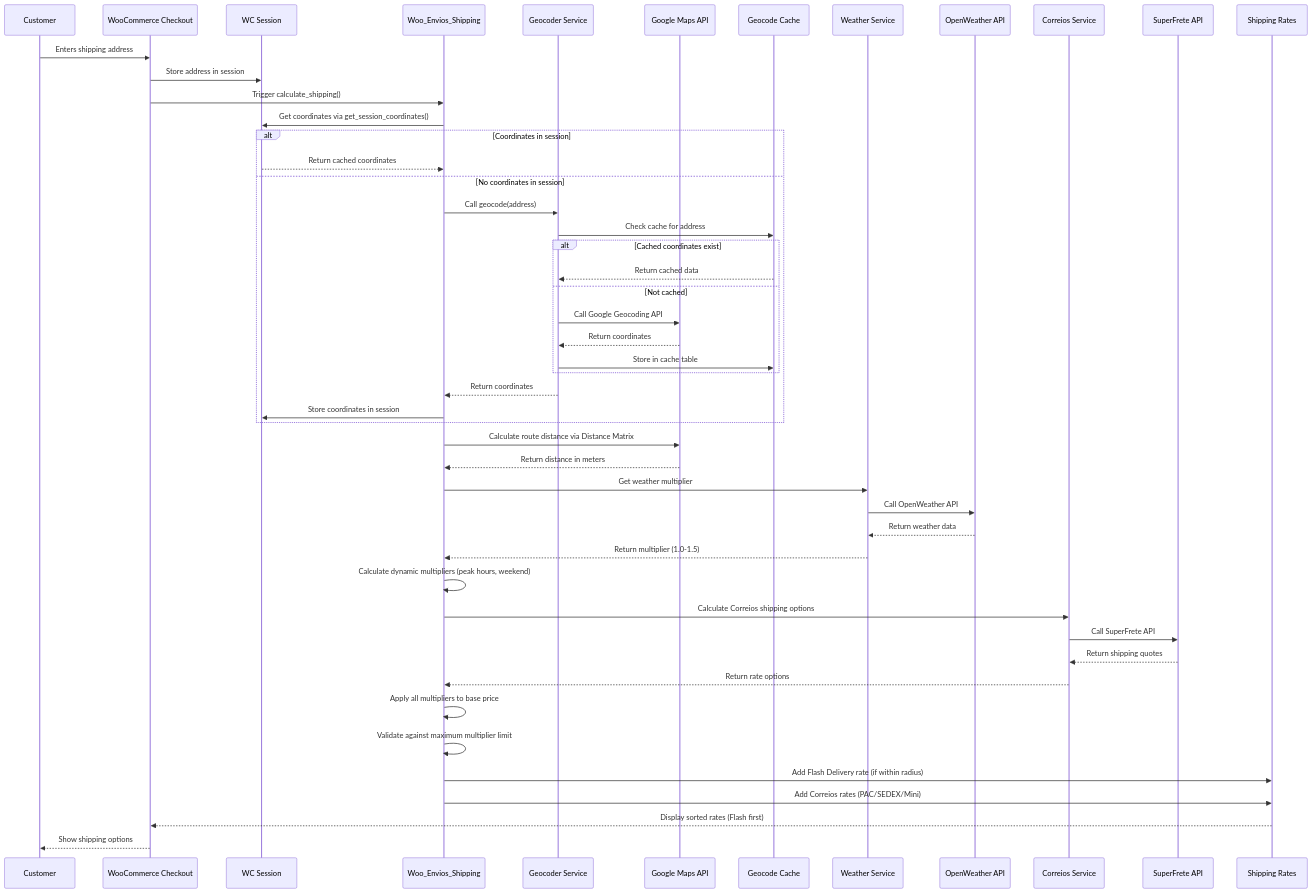
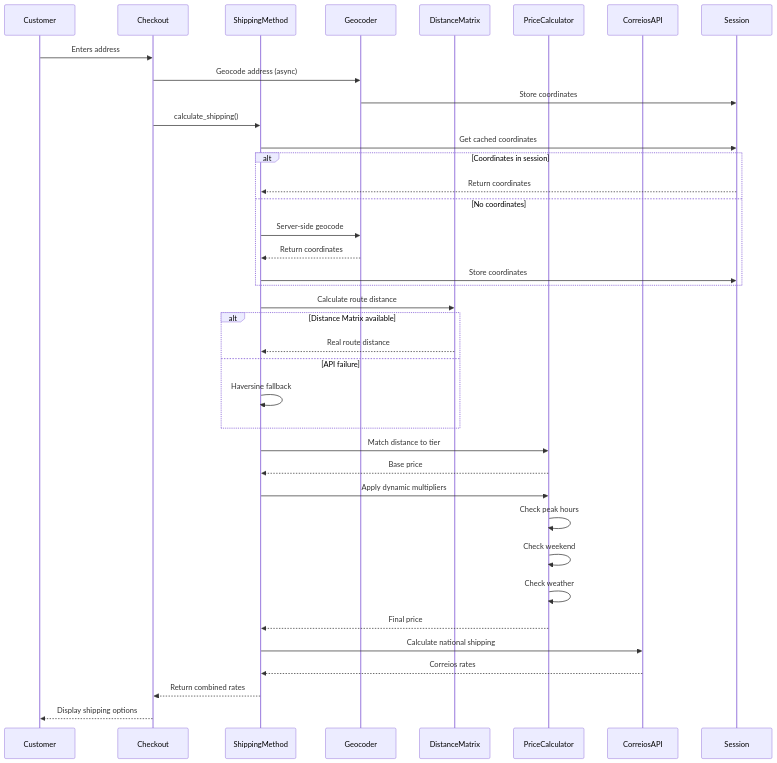
Before and after one commit to gustavofullstack/Woo_envios: the third of 5 diagrams in docs/ARCHITECTURE.md, drawn with Mermaid. The commit also changed other lines of this file and 5 other files, not shown here.

````diff
--- a/docs/ARCHITECTURE.md
+++ b/docs/ARCHITECTURE.md
@@ -287,60 +205,47 @@
 ```mermaid
 sequenceDiagram
     participant Customer
-    participant Checkout as WooCommerce Checkout
-    participant Session as WC Session
-    participant Shipping as Woo_Envios_Shipping
-    participant Geocoder as Geocoder Service
-    participant GMaps as Google Maps API
-    participant Cache as Geocode Cache
-    participant Weather as Weather Service
-    participant OW as OpenWeather API
-    participant Correios as Correios Service
-    participant SF as SuperFrete API
-    participant Rates as Shipping Rates
+    participant Checkout
+    participant ShippingMethod
+    participant Geocoder
+    participant DistanceMatrix
+    participant PriceCalculator
+    participant CorreiosAPI
+    participant Session
 
-    Customer->>Checkout: Enters shipping address
-    Checkout->>Session: Store address in session
-    Checkout->>Shipping: Trigger calculate_shipping()
+    Customer->>Checkout: Enters address
+    Checkout->>Geocoder: Geocode address (async)
+    Geocoder->>Session: Store coordinates
+    Checkout->>ShippingMethod: calculate_shipping()
     
-    Shipping->>Session: Get coordinates via get_session_coordinates()
+    ShippingMethod->>Session: Get cached coordinates
     alt Coordinates in session
-        Session-->>Shipping: Return cached coordinates
-    else No coordinates in session
-        Shipping->>Geocoder: Call geocode(address)
-        Geocoder->>Cache: Check cache for address
-        alt Cached coordinates exist
-            Cache-->>Geocoder: Return cached data
-        else Not cached
-            Geocoder->>GMaps: Call Google Geocoding API
-            GMaps-->>Geocoder: Return coordinates
-            Geocoder->>Cache: Store in cache table
-        end
-        Geocoder-->>Shipping: Return coordinates
-        Shipping->>Session: Store coordinates in session
+        Session-->>ShippingMethod: Return coordinates
+    else No coordinates
+        ShippingMethod->>Geocoder: Server-side geocode
+        Geocoder-->>ShippingMethod: Return coordinates
+        ShippingMethod->>Session: Store coordinates
     end
     
-    Shipping->>GMaps: Calculate route distance via Distance Matrix
-    GMaps-->>Shipping: Return distance in meters
+    ShippingMethod->>DistanceMatrix: Calculate route distance
+    alt Distance Matrix available
+        DistanceMatrix-->>ShippingMethod: Real route distance
+    else API failure
+        ShippingMethod->>ShippingMethod: Haversine fallback
+    end
     
-    Shipping->>Weather: Get weather multiplier
-    Weather->>OW: Call OpenWeather API
-    OW-->>Weather: Return weather data
-    Weather-->>Shipping: Return multiplier (1.0-1.5)
+    ShippingMethod->>PriceCalculator: Match distance to tier
+    PriceCalculator-->>ShippingMethod: Base price
     
-    Shipping->>Shipping: Calculate dynamic multipliers (peak hours, weekend)
+    ShippingMethod->>PriceCalculator: Apply dynamic multipliers
+    PriceCalculator->>PriceCalculator: Check peak hours
+    PriceCalculator->>PriceCalculator: Check weekend
+    PriceCalculator->>PriceCalculator: Check weather
+    PriceCalculator-->>ShippingMethod: Final price
     
-    Shipping->>Correios: Calculate Correios shipping options
-    Correios->>SF: Call SuperFrete API
-    SF-->>Correios: Return shipping quotes
-    Correios-->>Shipping: Return rate options
+    ShippingMethod->>CorreiosAPI: Calculate national shipping
+    CorreiosAPI-->>ShippingMethod: Correios rates
     
-    Shipping->>Shipping: Apply all multipliers to base price
-    Shipping->>Shipping: Validate against maximum multiplier limit
-    
-    Shipping->>Rates: Add Flash Delivery rate (if within radius)
-    Shipping->>Rates: Add Correios rates (PAC/SEDEX/Mini)
-    
-    Rates-->>Checkout: Display sorted rates (Flash first)
-    Checkout-->>Customer: Show shipping options
+    ShippingMethod-->>Checkout: Return combined rates
+    Checkout-->>Customer: Display shipping options
 ```
````
